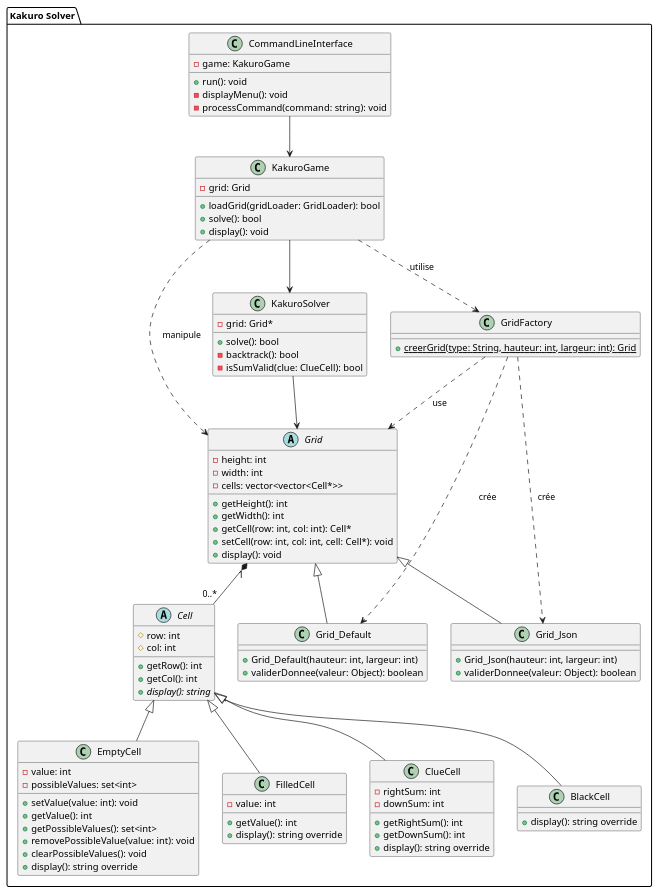
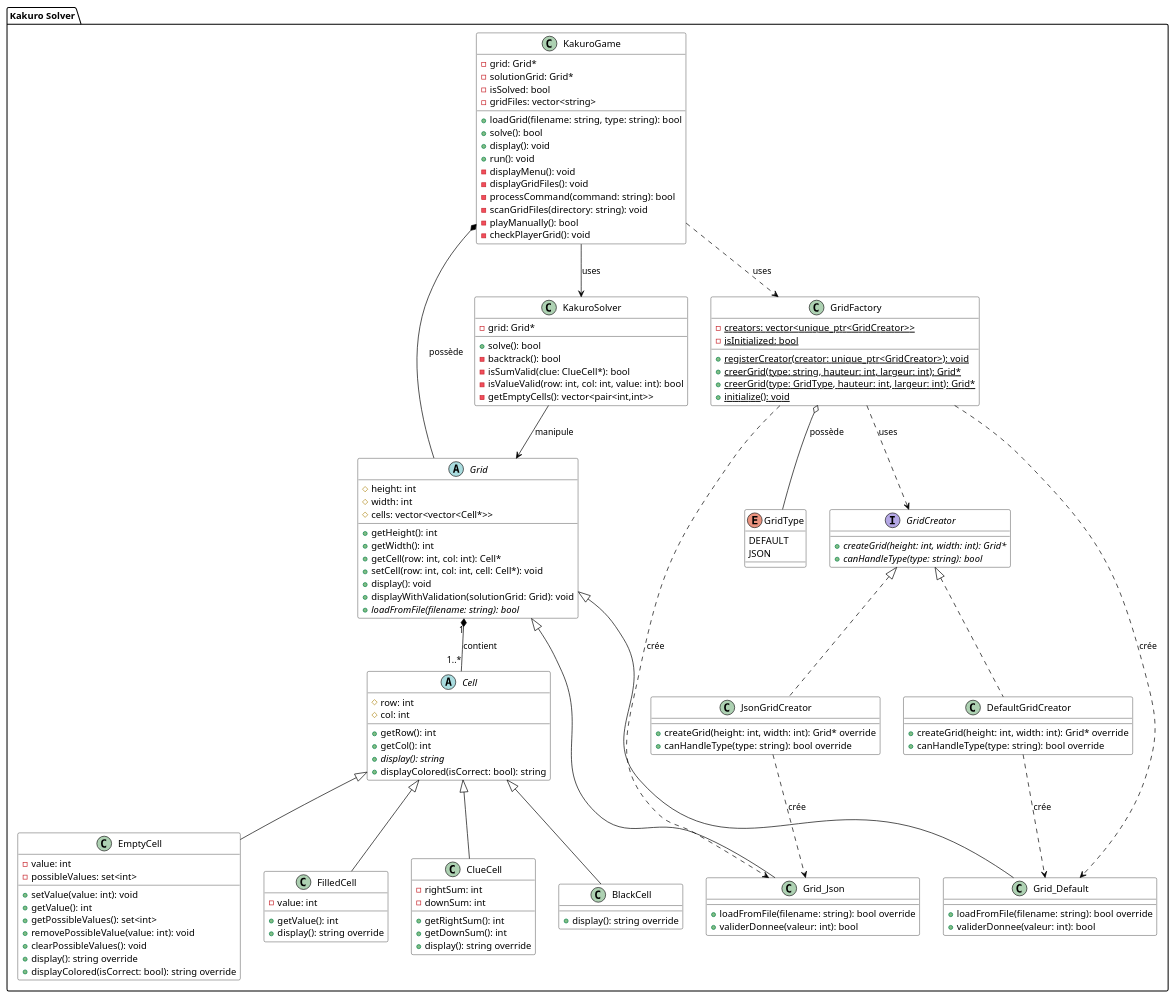
Before and after one commit to aZticot3/kakuro: the diagram in kakuro.puml, drawn with PlantUML.

```diff
--- a/kakuro.puml
+++ b/kakuro.puml
@@ -1,112 +1,158 @@
 @startuml
+
+skinparam class {
+  BackgroundColor white
+  ArrowColor black
+  BorderColor black
+}
 
 package "Kakuro Solver" {
     class KakuroGame {
-        - grid: Grid
-        + loadGrid(gridLoader: GridLoader): bool
+        - grid: Grid*
+        - solutionGrid: Grid*
+        - isSolved: bool
+        - gridFiles: vector<string>
+        + loadGrid(filename: string, type: string): bool
         + solve(): bool
         + display(): void
+        + run(): void
+        - displayMenu(): void
+        - displayGridFiles(): void
+        - processCommand(command: string): bool
+        - scanGridFiles(directory: string): void
+        - playManually(): bool
+        - checkPlayerGrid(): void
     }
 
     abstract class Cell {
         # row: int
         # col: int
         + getRow(): int
         + getCol(): int
         + {abstract} display(): string
+        + displayColored(isCorrect: bool): string
     }
 
     class EmptyCell {
         - value: int
         - possibleValues: set<int>
         + setValue(value: int): void
         + getValue(): int
         + getPossibleValues(): set<int>
         + removePossibleValue(value: int): void
         + clearPossibleValues(): void
         + display(): string override
+        + displayColored(isCorrect: bool): string override
     }
 
     class FilledCell {
         - value: int
         + getValue(): int
         + display(): string override
     }
 
     class ClueCell {
         - rightSum: int
         - downSum: int
         + getRightSum(): int
         + getDownSum(): int
         + display(): string override
     }
 
     class BlackCell {
         + display(): string override
     }
 
     abstract class Grid {
-        - height: int
-        - width: int
-        - cells: vector<vector<Cell*>>
+        # height: int
+        # width: int
+        # cells: vector<vector<Cell*>>
         + getHeight(): int
         + getWidth(): int
         + getCell(row: int, col: int): Cell*
         + setCell(row: int, col: int, cell: Cell*): void
         + display(): void
+        + displayWithValidation(solutionGrid: Grid): void
+        + {abstract} loadFromFile(filename: string): bool
     }
 
     class KakuroSolver {
         - grid: Grid*
         + solve(): bool
         - backtrack(): bool
-        - isSumValid(clue: ClueCell): bool
+        - isSumValid(clue: ClueCell*): bool
+        - isValueValid(row: int, col: int, value: int): bool
+        - getEmptyCells(): vector<pair<int,int>>
     }
 
-    class CommandLineInterface {
-        - game: KakuroGame
-        + run(): void
-        - displayMenu(): void
-        - processCommand(command: string): void
+    ' Factory Method Pattern Implementation
+    
+    interface GridCreator {
+        + {abstract} createGrid(height: int, width: int): Grid*
+        + {abstract} canHandleType(type: string): bool
     }
-    
+
+    class DefaultGridCreator {
+        + createGrid(height: int, width: int): Grid* override
+        + canHandleType(type: string): bool override
+    }
+
+    class JsonGridCreator {
+        + createGrid(height: int, width: int): Grid* override
+        + canHandleType(type: string): bool override
+    }
+
+    class GridFactory {
+        - {static} creators: vector<unique_ptr<GridCreator>>
+        - {static} isInitialized: bool
+        + {static} registerCreator(creator: unique_ptr<GridCreator>): void
+        + {static} creerGrid(type: string, hauteur: int, largeur: int): Grid*
+        + {static} creerGrid(type: GridType, hauteur: int, largeur: int): Grid*
+        + {static} initialize(): void
+    }
+
+    enum GridType {
+        DEFAULT
+        JSON
+    }
+
     class Grid_Default {
-      + Grid_Default(hauteur: int, largeur: int)
-      + validerDonnee(valeur: Object): boolean
+        + loadFromFile(filename: string): bool override
+        + validerDonnee(valeur: int): bool
     }
 
     class Grid_Json {
-      + Grid_Json(hauteur: int, largeur: int)
-      + validerDonnee(valeur: Object): boolean
-    }
-    
-    class GridFactory {
-      + {static} creerGrid(type: String, hauteur: int, largeur: int): Grid
+        + loadFromFile(filename: string): bool override
+        + validerDonnee(valeur: int): bool
     }
 
-    KakuroGame --> KakuroSolver
-    Grid "1" *-- "0..*" Cell
+    ' Relationships
+    KakuroGame --> KakuroSolver: uses
+    KakuroGame *-- Grid: possède
+    KakuroGame ..> GridFactory: uses
+    
+    Grid <|-- Grid_Default
+    Grid <|-- Grid_Json
+    Grid "1" *-- "1..*" Cell: contient
     
     Cell <|-- EmptyCell
     Cell <|-- FilledCell
     Cell <|-- ClueCell
     Cell <|-- BlackCell
     
-    KakuroSolver --> Grid
+    KakuroSolver --> Grid: manipule
     
-    Grid <|-- Grid_Default
-    Grid <|-- Grid_Json
-    
+    ' Factory Method Pattern Relationships
+    GridFactory ..> GridCreator: uses
+    GridFactory o-- GridType: possède
     GridFactory ..> Grid_Default: crée
     GridFactory ..> Grid_Json: crée
-    GridFactory ..> Grid: use
     
-    KakuroGame ..> GridFactory: utilise
-    KakuroGame ..> Grid: manipule
-
+    GridCreator <|.. DefaultGridCreator
+    GridCreator <|.. JsonGridCreator
     
-    
-    CommandLineInterface --> KakuroGame
+    DefaultGridCreator ..> Grid_Default: crée
+    JsonGridCreator ..> Grid_Json: crée
 }
 
 @enduml
```
